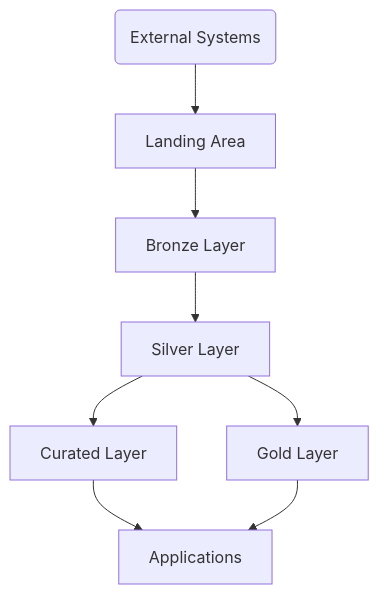
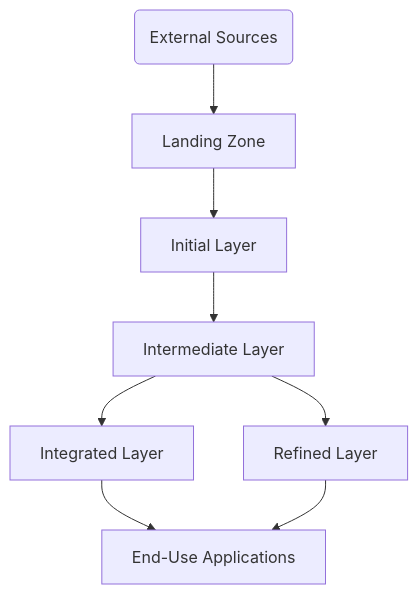
One commit to mgorav/MedallionArchitecture changed the first of 18 diagrams in readme.md. Above: the diagram before and after it, drawn with Mermaid. The commit also changed other lines of this file and 1 other file, not shown here.

````diff
--- a/readme.md
+++ b/readme.md
@@ -3,10 +3,10 @@
 ```mermaid
 graph TD
-L(External Systems) --> A[Landing Area]
-A --> B[Bronze Layer]
-B --> C[Silver Layer]
-C --> D[Curated Layer]
-C --> E[Gold Layer]
-D --> F[Applications]  
+L(External Sources) --> A[Landing Zone]
+A --> B[Initial Layer]
+B --> C[Intermediate Layer]
+C --> D[Integrated Layer]
+C --> E[Refined Layer]
+D --> F[End-Use Applications]  
 E --> F
 ```
````
